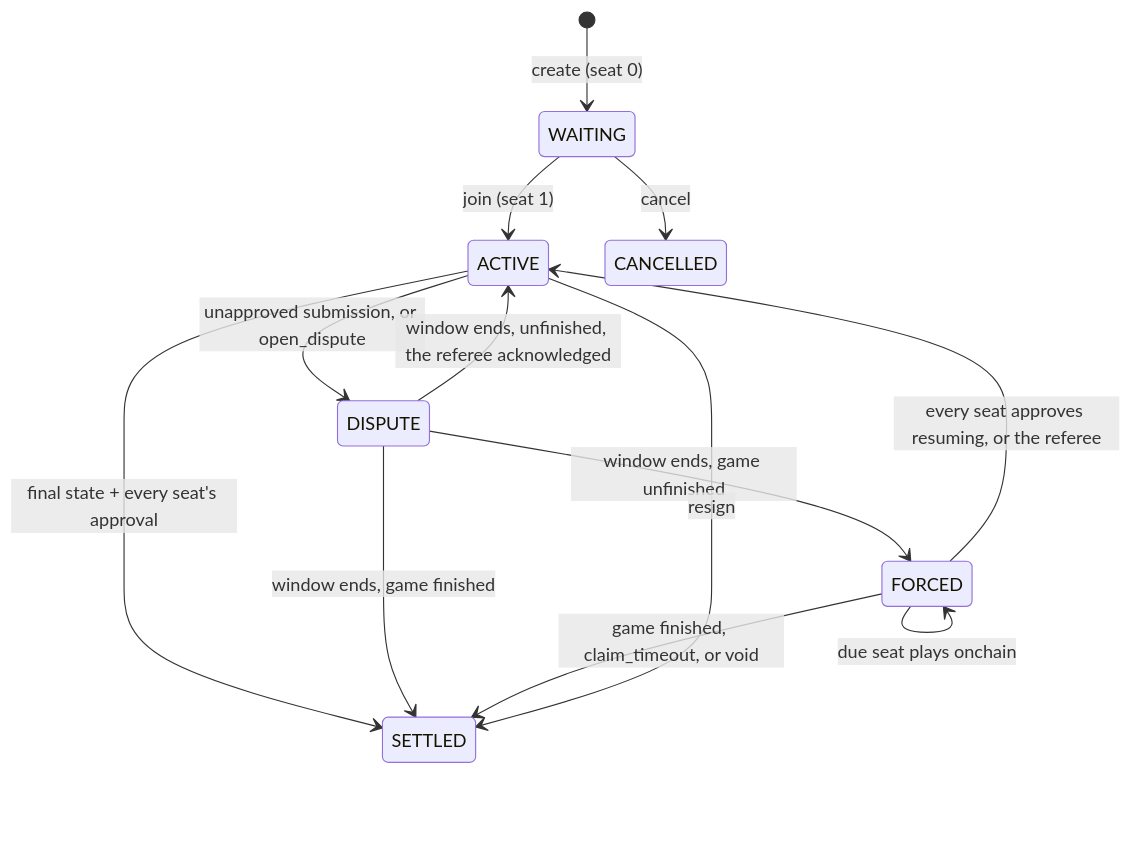
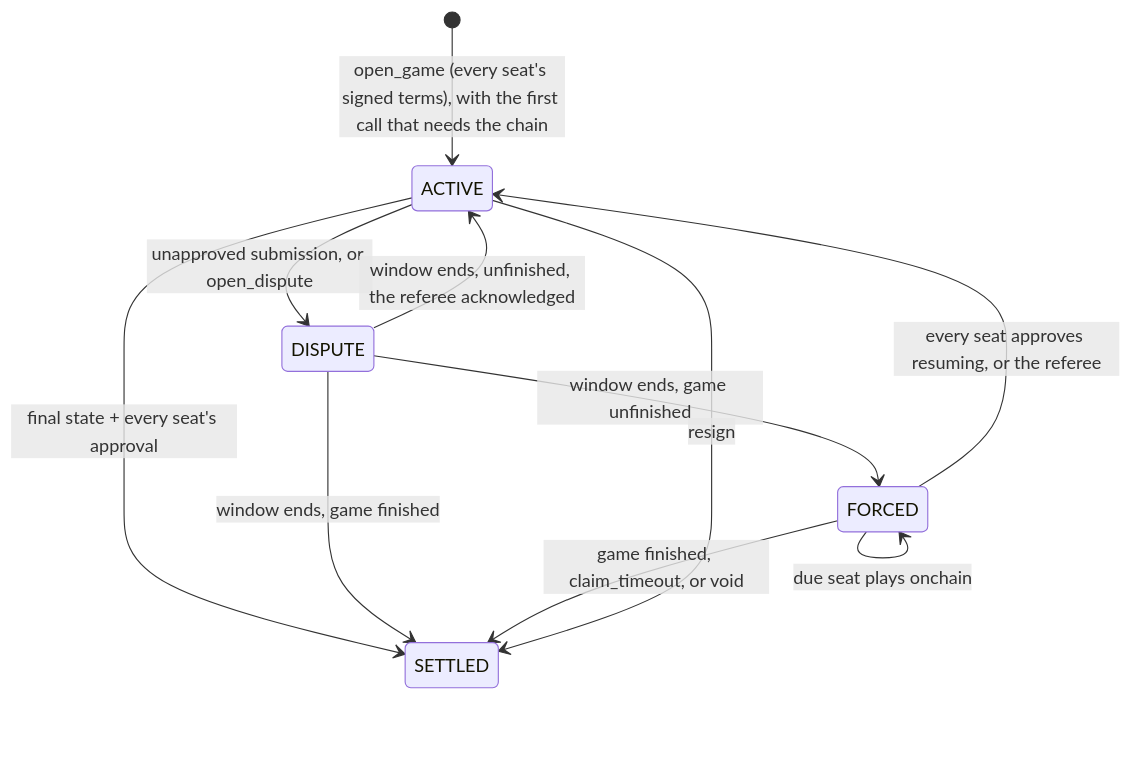
The diagram in README.md (broody/arbiter), drawn with Mermaid before and after one commit. The commit also changed other lines of this file and 27 other files, not shown here.

First line of the commit message:
docs: protocol v6, games opened on their seats' signed terms

````diff
--- a/README.md
+++ b/README.md
@@ -29,15 +30,13 @@
 ```mermaid
 stateDiagram-v2
-    [*] --> WAITING: create (seat 0)
-    WAITING --> ACTIVE: join (seat 1)
-    WAITING --> CANCELLED: cancel
+    [*] --> ACTIVE: open_game (every seat's signed terms), with the first call that needs the chain
     ACTIVE --> SETTLED: final state + every seat's approval
     ACTIVE --> DISPUTE: unapproved submission, or open_dispute
     DISPUTE --> SETTLED: window ends, game finished
     DISPUTE --> FORCED: window ends, game unfinished
     DISPUTE --> ACTIVE: window ends, unfinished, the referee acknowledged
     FORCED --> FORCED: due seat plays onchain
     FORCED --> ACTIVE: every seat approves resuming, or the referee
     FORCED --> SETTLED: game finished, claim_timeout, or void
     ACTIVE --> SETTLED: resign
 ```
````
